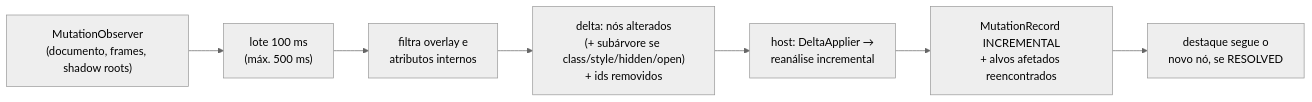
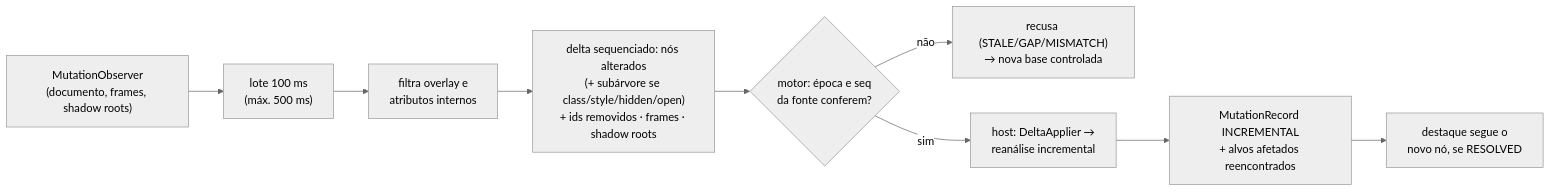
One commit to Nekkora-Operation/Nekkora-Extension-Chrome changed the fourth of 4 diagrams in docs/architecture.md. Above: the diagram before and after it, drawn with Mermaid (neutral theme). The commit also changed other lines of this file and 10 other files, not shown here.

````diff
--- a/docs/architecture.md
+++ b/docs/architecture.md
@@ -100,9 +140,11 @@
 ```mermaid
 flowchart LR
   MO["MutationObserver<br/>(documento, frames, shadow roots)"] --> B["lote 100 ms<br/>(máx. 500 ms)"]
   B --> F["filtra overlay e<br/>atributos internos"]
-  F --> D["delta: nós alterados<br/>(+ subárvore se class/style/hidden/open)<br/>+ ids removidos"]
-  D --> H["host: DeltaApplier →<br/>reanálise incremental"]
+  F --> D["delta sequenciado: nós alterados<br/>(+ subárvore se class/style/hidden/open)<br/>+ ids removidos · frames · shadow roots"]
+  D --> V{"motor: época e seq<br/>da fonte conferem?"}
+  V -- "não" --> R["recusa (STALE/GAP/MISMATCH)<br/>→ nova base controlada"]
+  V -- "sim" --> H["host: DeltaApplier →<br/>reanálise incremental"]
   H --> M["MutationRecord INCREMENTAL<br/>+ alvos afetados reencontrados"]
   M --> HL["destaque segue o<br/>novo nó, se RESOLVED"]
 ```
````
